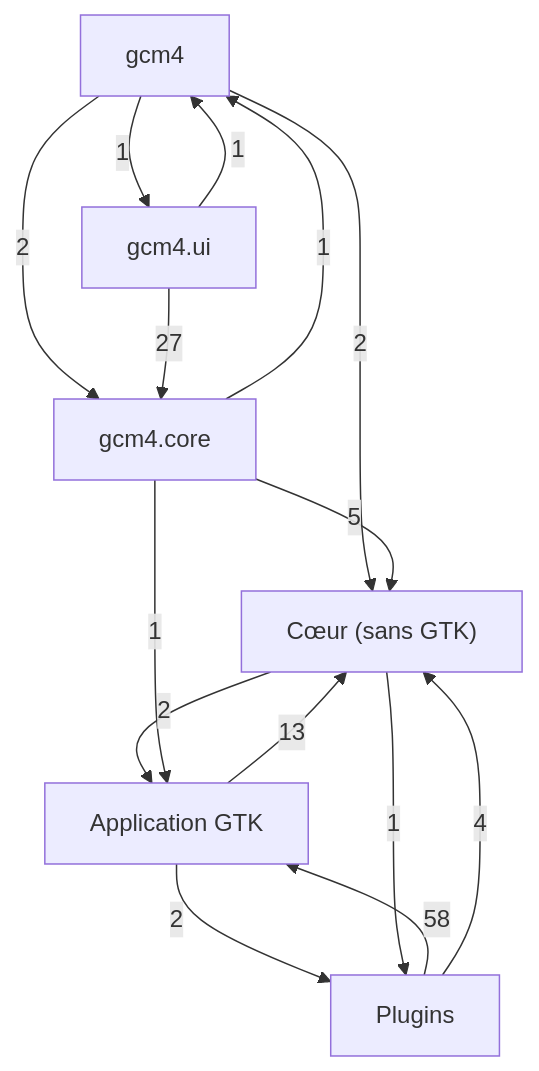
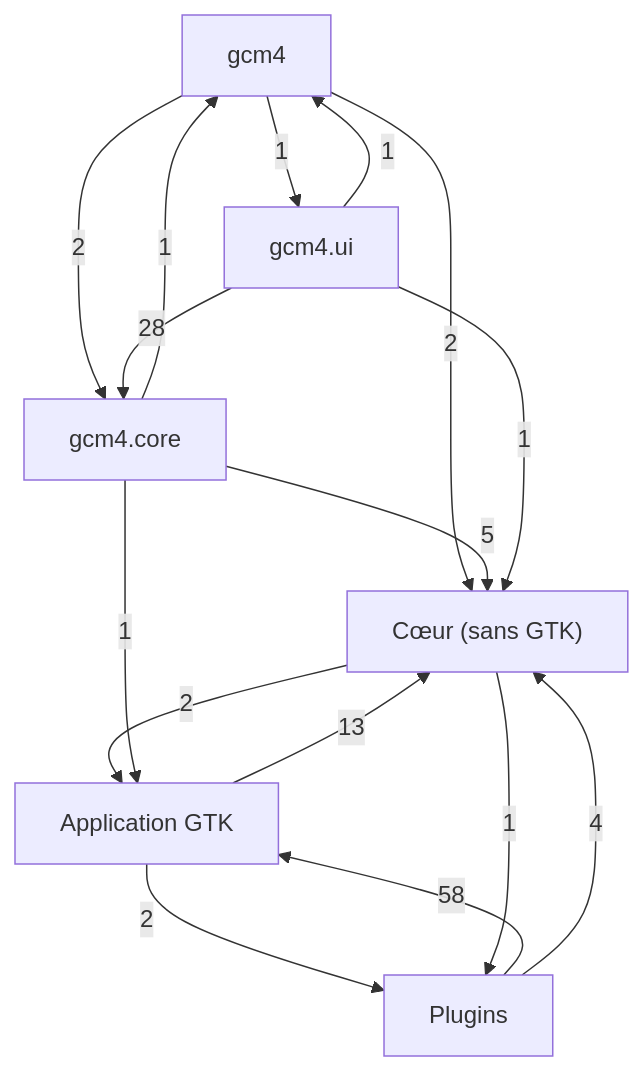
The first of 7 diagrams in docs/class-diagram.md (Mathide-Team/Gcm4), drawn with Mermaid before and after one commit. The commit also changed 65 other files, not shown here.

````diff
--- a/docs/class-diagram.md
+++ b/docs/class-diagram.md
@@ -21,23 +21,24 @@
 ```mermaid
 flowchart TD
     g0["Cœur (sans GTK)"]
     g1["Application GTK"]
     g2["Plugins"]
     g3["gcm4"]
     g4["gcm4.core"]
     g5["gcm4.ui"]
     g1 -->|13| g0
     g1 -->|2| g2
     g0 -->|2| g1
     g0 -->|1| g2
     g2 -->|58| g1
     g2 -->|4| g0
     g3 -->|2| g0
     g3 -->|2| g4
     g3 -->|1| g5
     g4 -->|1| g1
     g4 -->|5| g0
     g4 -->|1| g3
+    g5 -->|1| g0
     g5 -->|1| g3
-    g5 -->|27| g4
+    g5 -->|28| g4
 ```
````
